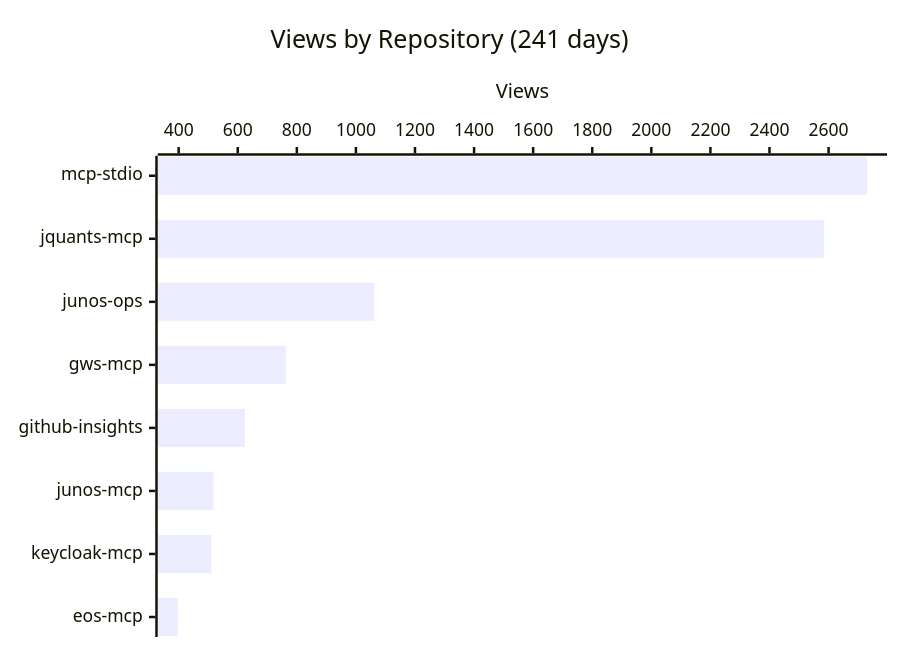
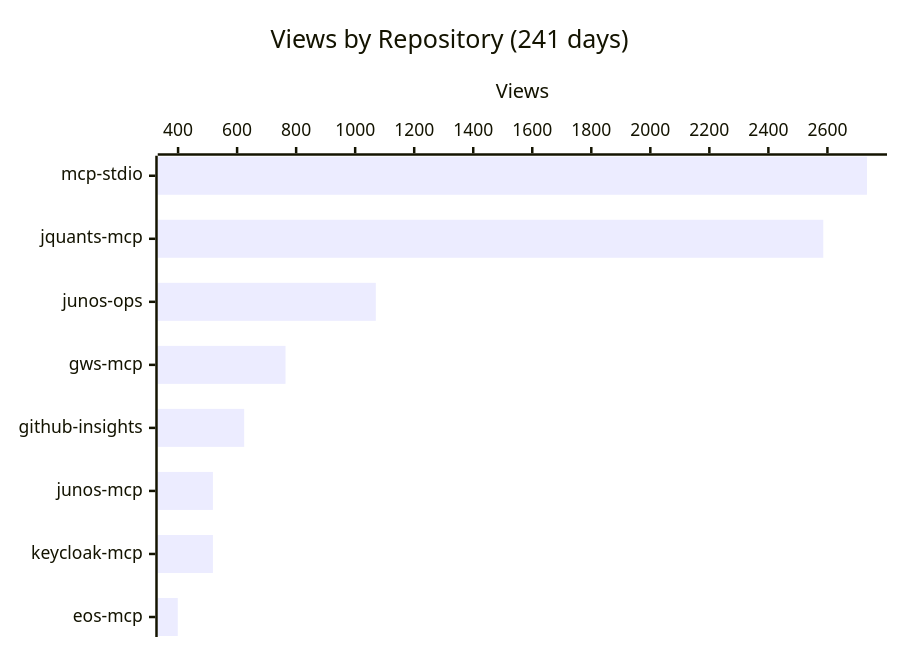
The first of 4 diagrams in README.md (shigechika/github-insights), drawn with Mermaid before and after one commit. The commit also changed other lines of this file and 1 other file, not shown here.

````diff
--- a/README.md
+++ b/README.md
@@ -18,7 +18,7 @@
 ```mermaid
 xychart-beta horizontal
     title "Views by Repository (241 days)"
     x-axis ["mcp-stdio", "jquants-mcp", "junos-ops", "gws-mcp", "github-insights", "junos-mcp", "keycloak-mcp", "eos-mcp"]
     y-axis "Views"
-    bar [2730, 2585, 1063, 762, 624, 518, 510, 397]
+    bar [2734, 2586, 1070, 764, 624, 518, 518, 399]
 ```
````
